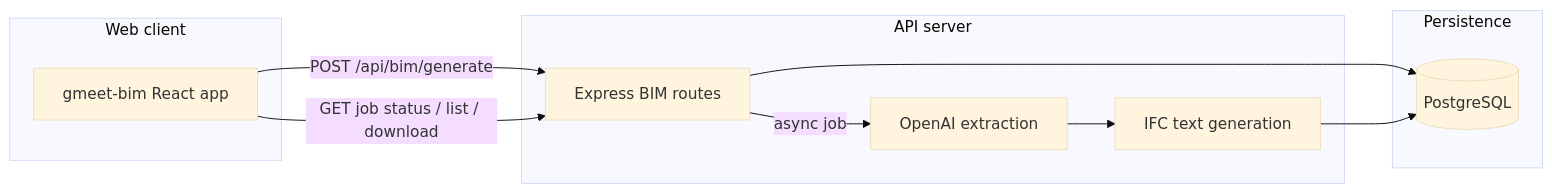
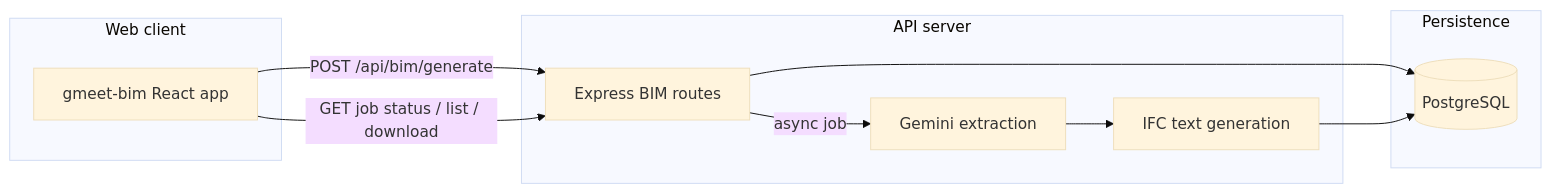
One commit to Rishikesh75/BIMMeetGeneratorAgent changed the diagram in README.md. Above: the diagram before and after it, drawn with Mermaid (base theme). The commit also changed other lines of this file and 5 other files, not shown here.

````diff
--- a/README.md
+++ b/README.md
@@ -32,20 +32,20 @@
 ```mermaid
 flowchart LR
   subgraph client [Web client]
     UI[gmeet-bim React app]
   end
   subgraph api [API server]
     Routes[Express BIM routes]
-    LLM[OpenAI extraction]
+    LLM[Gemini extraction]
     IFC[IFC text generation]
   end
   subgraph data [Persistence]
     PG[(PostgreSQL)]
   end
   UI -->|POST /api/bim/generate| Routes
   UI -->|GET job status / list / download| Routes
   Routes -->|async job| LLM
   LLM --> IFC
   Routes --> PG
   IFC --> PG
 ```
````
